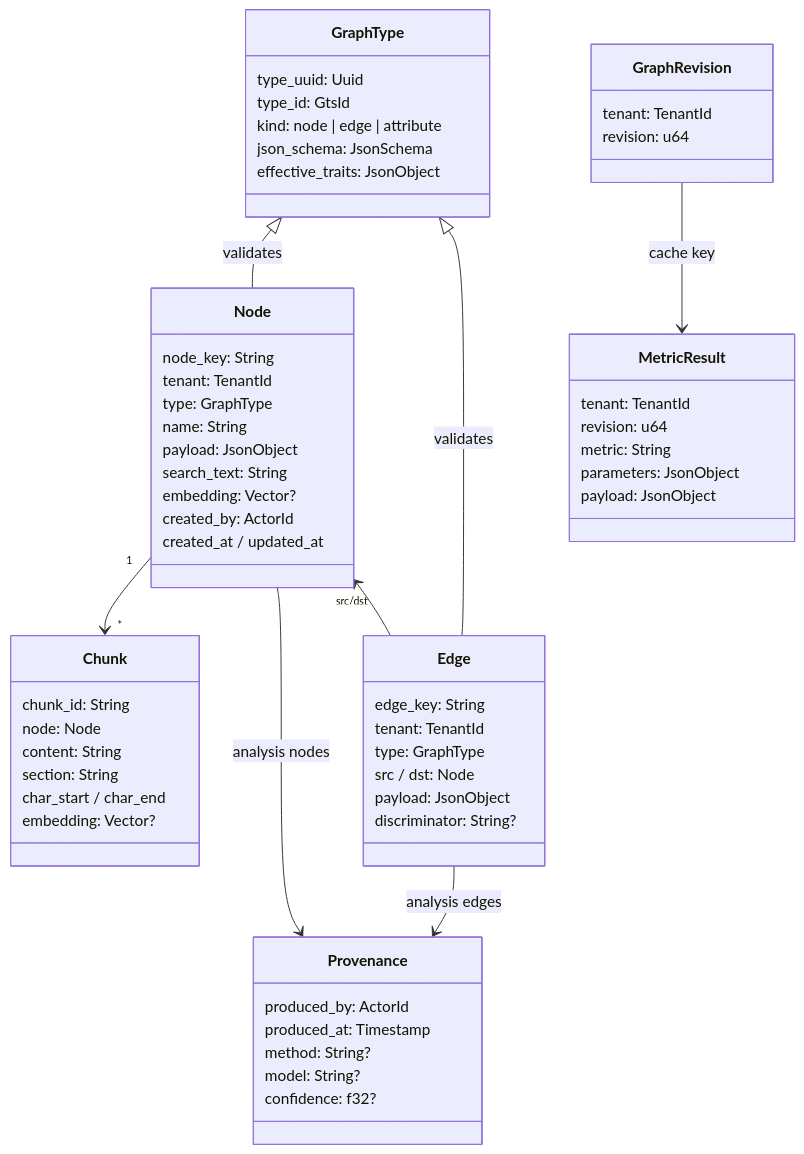
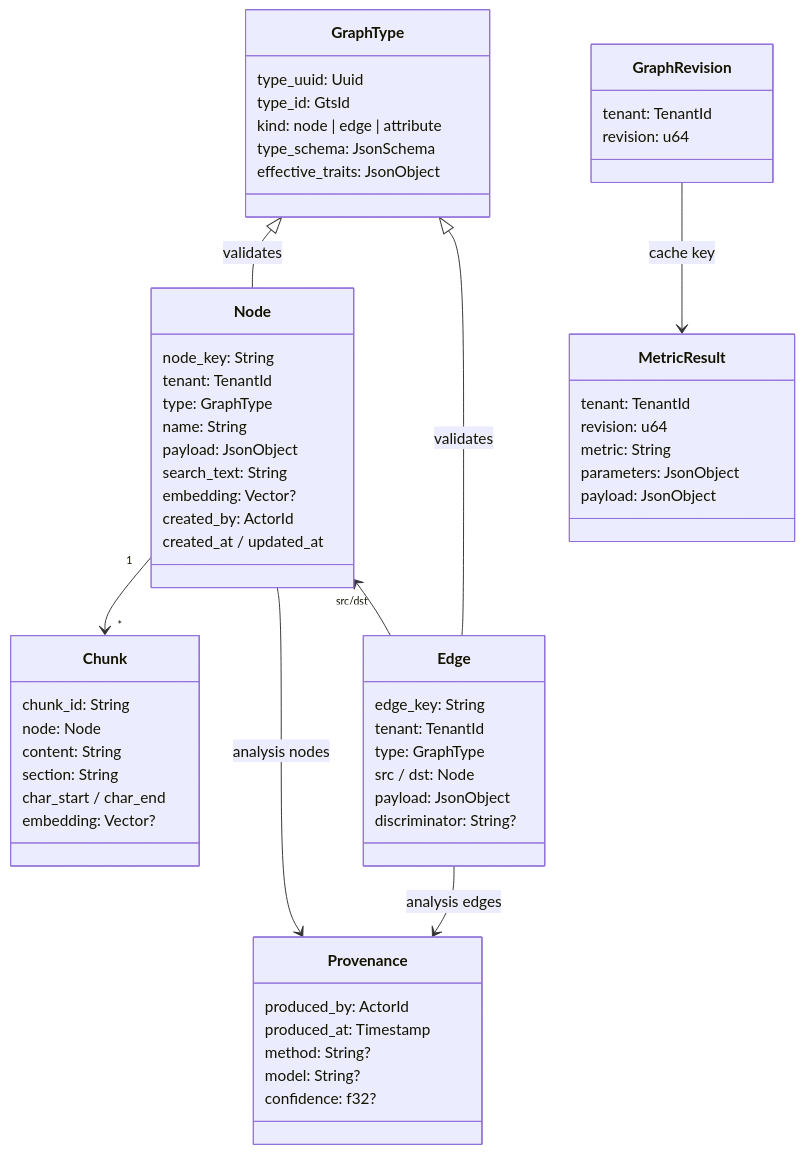
Before and after one commit to asmith987/gears-rust: the second of 2 diagrams in gears/graph-storage/docs/DESIGN.md, drawn with Mermaid. The commit also changed other lines of this file and 14 other files, not shown here.

First line of the commit message:
docs(graph-storage): shorten the GTS namespace and give elements an envelope

````diff
--- a/gears/graph-storage/docs/DESIGN.md
+++ b/gears/graph-storage/docs/DESIGN.md
@@ -264,62 +264,62 @@
 ```mermaid
 classDiagram
     class GraphType {
         type_uuid: Uuid
         type_id: GtsId
         kind: node | edge | attribute
-        json_schema: JsonSchema
+        type_schema: JsonSchema
         effective_traits: JsonObject
     }
     class Node {
         node_key: String
         tenant: TenantId
         type: GraphType
         name: String
         payload: JsonObject
         search_text: String
         embedding: Vector?
         created_by: ActorId
         created_at / updated_at
     }
     class Edge {
         edge_key: String
         tenant: TenantId
         type: GraphType
         src / dst: Node
         payload: JsonObject
         discriminator: String?
     }
     class Chunk {
         chunk_id: String
         node: Node
         content: String
         section: String
         char_start / char_end
         embedding: Vector?
     }
     class Provenance {
         produced_by: ActorId
         produced_at: Timestamp
         method: String?
         model: String?
         confidence: f32?
     }
     class GraphRevision {
         tenant: TenantId
         revision: u64
     }
     class MetricResult {
         tenant: TenantId
         revision: u64
         metric: String
         parameters: JsonObject
         payload: JsonObject
     }
     GraphType <|-- Node : validates
     GraphType <|-- Edge : validates
     Node "1" --> "*" Chunk
     Node --> Provenance : analysis nodes
     Edge --> Provenance : analysis edges
     Node "src/dst" <-- Edge
     GraphRevision --> MetricResult : cache key
 ```
````
